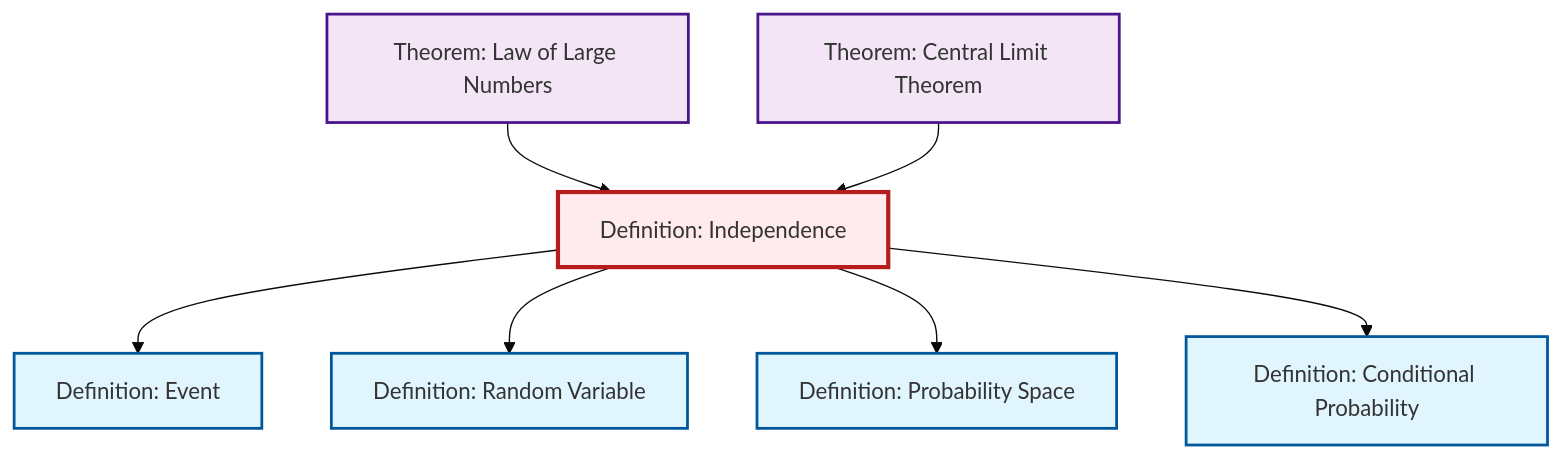
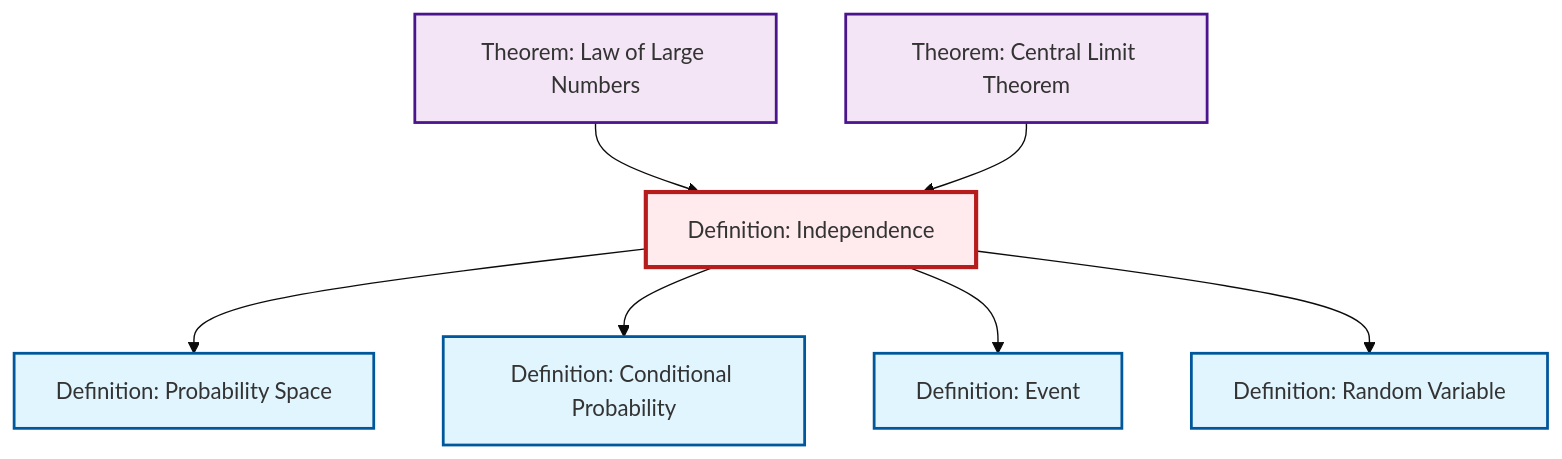
One commit to RK0429/ModernMath changed the diagram in content/ja/probability-statistics/def-independence.qmd. Above: the diagram before and after it, drawn with Mermaid (base theme). The commit also changed other lines of this file and 581 other files, not shown here.

````diff
--- a/content/ja/probability-statistics/def-independence.qmd
+++ b/content/ja/probability-statistics/def-independence.qmd
@@ -114,29 +114,29 @@
 ```{mermaid}
 %%| fig-cap: "Local dependency graph"
 graph TD
     classDef definition fill:#e1f5fe,stroke:#01579b,stroke-width:2px
     classDef theorem fill:#f3e5f5,stroke:#4a148c,stroke-width:2px
     classDef axiom fill:#fff3e0,stroke:#e65100,stroke-width:2px
     classDef example fill:#e8f5e9,stroke:#1b5e20,stroke-width:2px
     classDef current fill:#ffebee,stroke:#b71c1c,stroke-width:3px
+    def-probability-space["Definition: Probability Space"]:::definition
+    def-independence["Definition: Independence"]:::definition
+    thm-central-limit["Theorem: Central Limit Theorem"]:::theorem
     def-event["Definition: Event"]:::definition
+    thm-law-of-large-numbers["Theorem: Law of Large Numbers"]:::theorem
     def-random-variable["Definition: Random Variable"]:::definition
-    thm-law-of-large-numbers["Theorem: Law of Large Numbers"]:::theorem
-    def-probability-space["Definition: Probability Space"]:::definition
-    thm-central-limit["Theorem: Central Limit Theorem"]:::theorem
-    def-independence["Definition: Independence"]:::definition
     def-conditional-probability["Definition: Conditional Probability"]:::definition
+    def-independence --> def-probability-space
+    def-independence --> def-conditional-probability
+    thm-law-of-large-numbers --> def-independence
     def-independence --> def-event
-    thm-law-of-large-numbers --> def-independence
     def-independence --> def-random-variable
-    def-independence --> def-probability-space
     thm-central-limit --> def-independence
-    def-independence --> def-conditional-probability
     class def-independence current
-    click def-event "def-event.html" "Definition: Eventへ"
-    click def-random-variable "def-random-variable.html" "Definition: Random Variableへ"
-    click thm-law-of-large-numbers "thm-law-of-large-numbers.html" "Theorem: Law of Large Numbersへ"
     click def-probability-space "def-probability-space.html" "Definition: Probability Spaceへ"
     click thm-central-limit "thm-central-limit.html" "Theorem: Central Limit Theoremへ"
+    click def-event "def-event.html" "Definition: Eventへ"
+    click thm-law-of-large-numbers "thm-law-of-large-numbers.html" "Theorem: Law of Large Numbersへ"
+    click def-random-variable "def-random-variable.html" "Definition: Random Variableへ"
     click def-conditional-probability "def-conditional-probability.html" "Definition: Conditional Probabilityへ"
 ```
````
